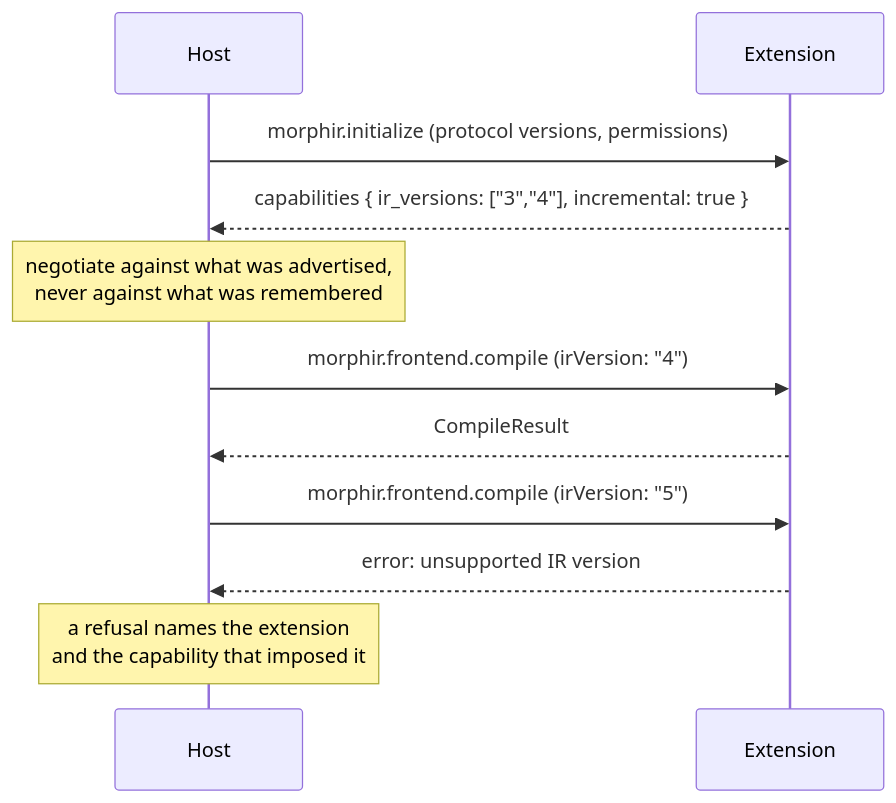
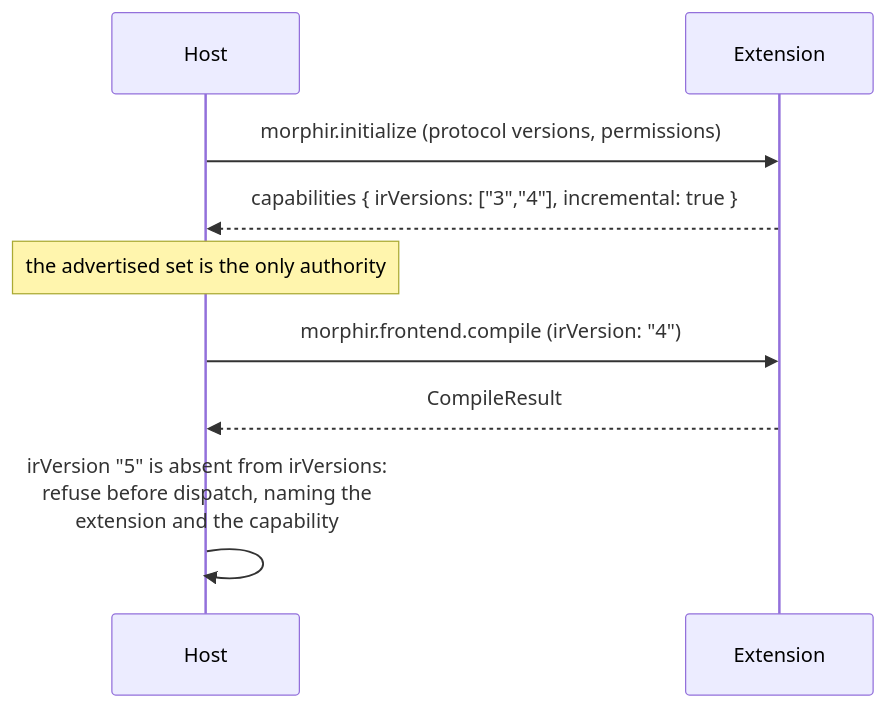
Before and after one commit to finos/morphir: the diagram in docs/design/draft/extensions/protocol.md, drawn with Mermaid. The commit also changed other lines of this file, not shown here.

First line of the commit message:
docs: use the wire name irVersions, and refuse an absent version host-side

````diff
--- a/docs/design/draft/extensions/protocol.md
+++ b/docs/design/draft/extensions/protocol.md
@@ -218,13 +218,11 @@
 ```mermaid
 sequenceDiagram
     participant H as Host
     participant E as Extension
     H->>E: morphir.initialize (protocol versions, permissions)
-    E-->>H: capabilities { ir_versions: ["3","4"], incremental: true }
-    Note over H: negotiate against what was advertised,<br/>never against what was remembered
+    E-->>H: capabilities { irVersions: ["3","4"], incremental: true }
+    Note over H: the advertised set is the only authority
     H->>E: morphir.frontend.compile (irVersion: "4")
     E-->>H: CompileResult
-    H->>E: morphir.frontend.compile (irVersion: "5")
-    E-->>H: error: unsupported IR version
-    Note over H: a refusal names the extension<br/>and the capability that imposed it
+    H->>H: irVersion "5" is absent from irVersions:<br/>refuse before dispatch, naming the<br/>extension and the capability
 ```
````
